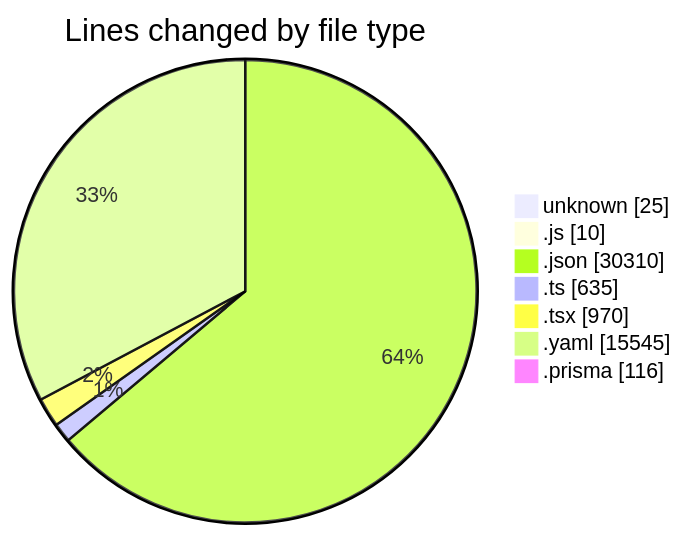
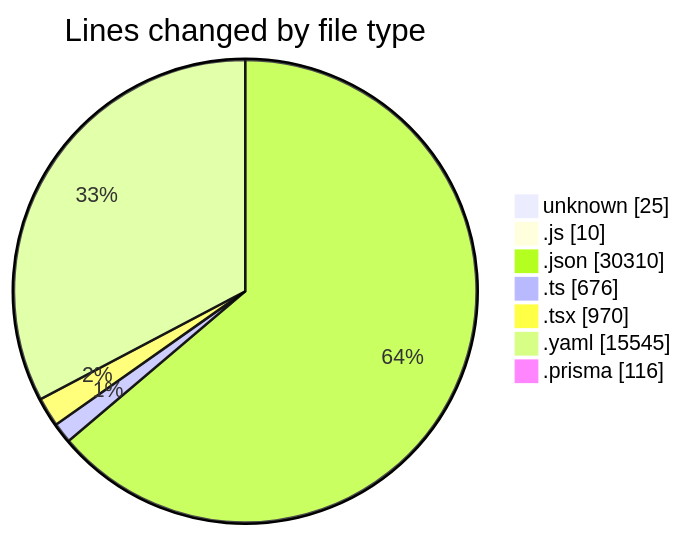
The first of 2 diagrams in 2025-05-02/ecodeli/README.md (CELIANVF/code-tracking), drawn with Mermaid before and after one commit. The commit also changed other lines of this file and 1 other file, not shown here.

````diff
--- a/2025-05-02/ecodeli/README.md
+++ b/2025-05-02/ecodeli/README.md
@@ -45,11 +46,11 @@
 ```mermaid
 pie showData
 title Lines changed by file type
 "unknown" : 25
 ".js" : 10
 ".json" : 30310
-".ts" : 635
+".ts" : 676
 ".tsx" : 970
 ".yaml" : 15545
 ".prisma" : 116
 ```
````
